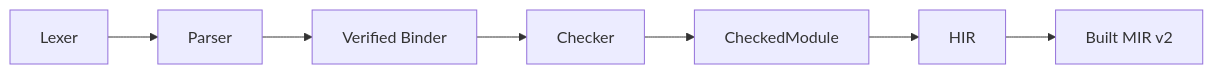
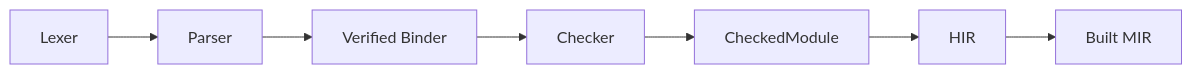
One commit to Zzzode/ZOM changed the diagram in .agents/rules/compiler-pipeline.md. Above: the diagram before and after it, drawn with Mermaid. The commit also changed 4 other files, not shown here.

First line of the commit message:
docs(repo): drop versioned Built MIR references from design docs

````diff
--- a/.agents/rules/compiler-pipeline.md
+++ b/.agents/rules/compiler-pipeline.md
@@ -17,9 +17,9 @@
 ```mermaid
 flowchart LR
     L[Lexer] --> P[Parser]
     P --> B[Verified Binder]
     B --> C[Checker]
     C --> CM[CheckedModule]
     CM --> H[HIR]
-    H --> M[Built MIR v2]
+    H --> M[Built MIR]
 ```
````
